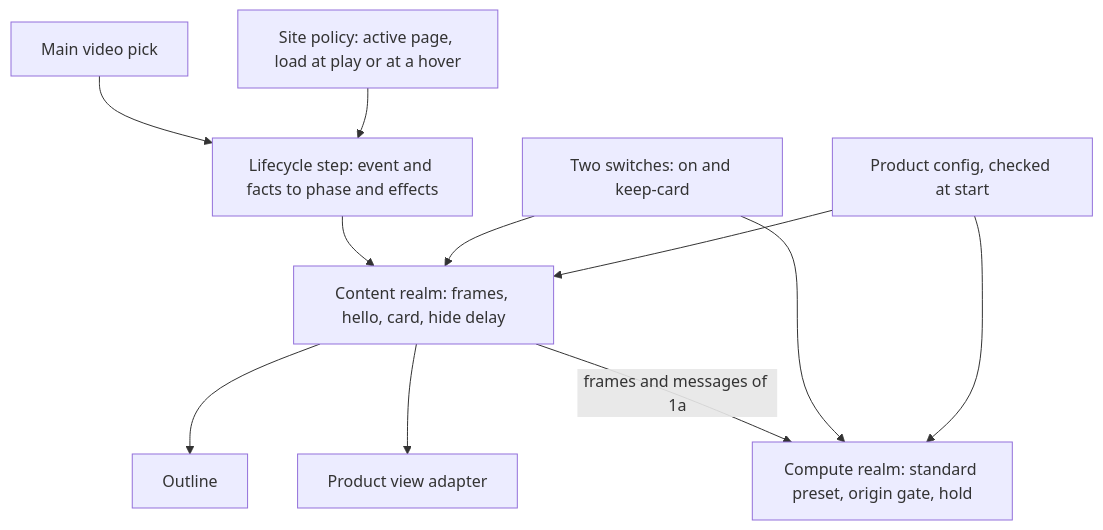
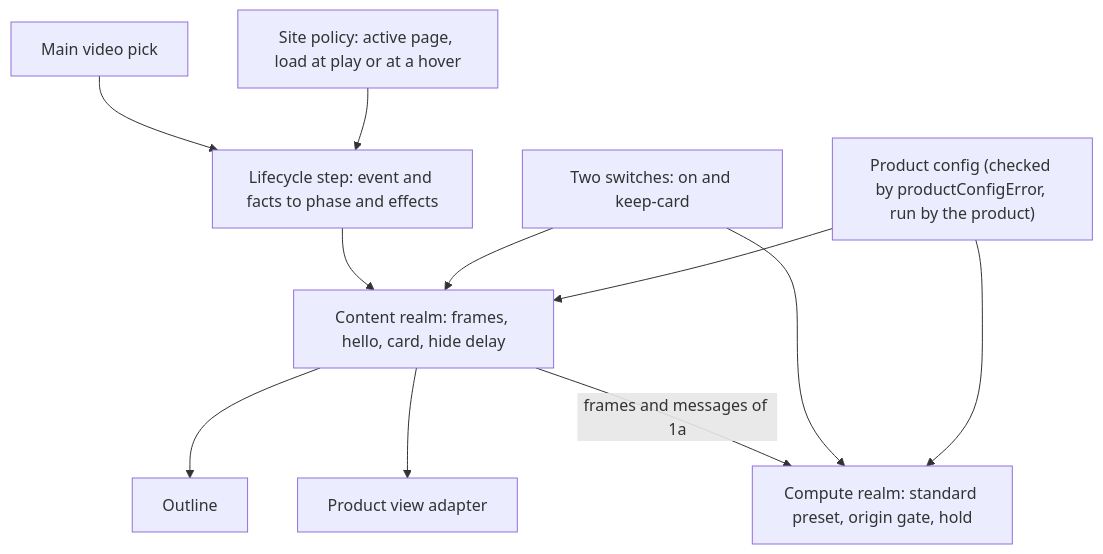
One commit to ryangswe/riftsight-vision changed the fourth of 13 diagrams in docs/hover-map.md. Above: the diagram before and after it, drawn with Mermaid. The commit also changed other lines of this file and 5 other files, not shown here.

````diff
--- a/docs/hover-map.md
+++ b/docs/hover-map.md
@@ -179,22 +179,22 @@
 ```mermaid
 flowchart TD
-  CFG["Product config, checked at start"]
+  CFG["Product config (checked by productConfigError, run by the product)"]
   SW["Two switches: on and keep-card"]
   POL["Site policy: active page, load at play or at a hover"]
   VP["Main video pick"]
   LC["Lifecycle step: event and facts to phase and effects"]
   CT["Content realm: frames, hello, card, hide delay"]
   OL["Outline"]
   AD["Product view adapter"]
   HC["Compute realm: standard preset, origin gate, hold"]
   CFG --> CT
   CFG --> HC
   SW --> CT
   SW --> HC
   POL --> LC
   VP --> LC
   LC --> CT
   CT --> OL
   CT --> AD
   CT -->|"frames and messages of 1a"| HC
 ```
````
